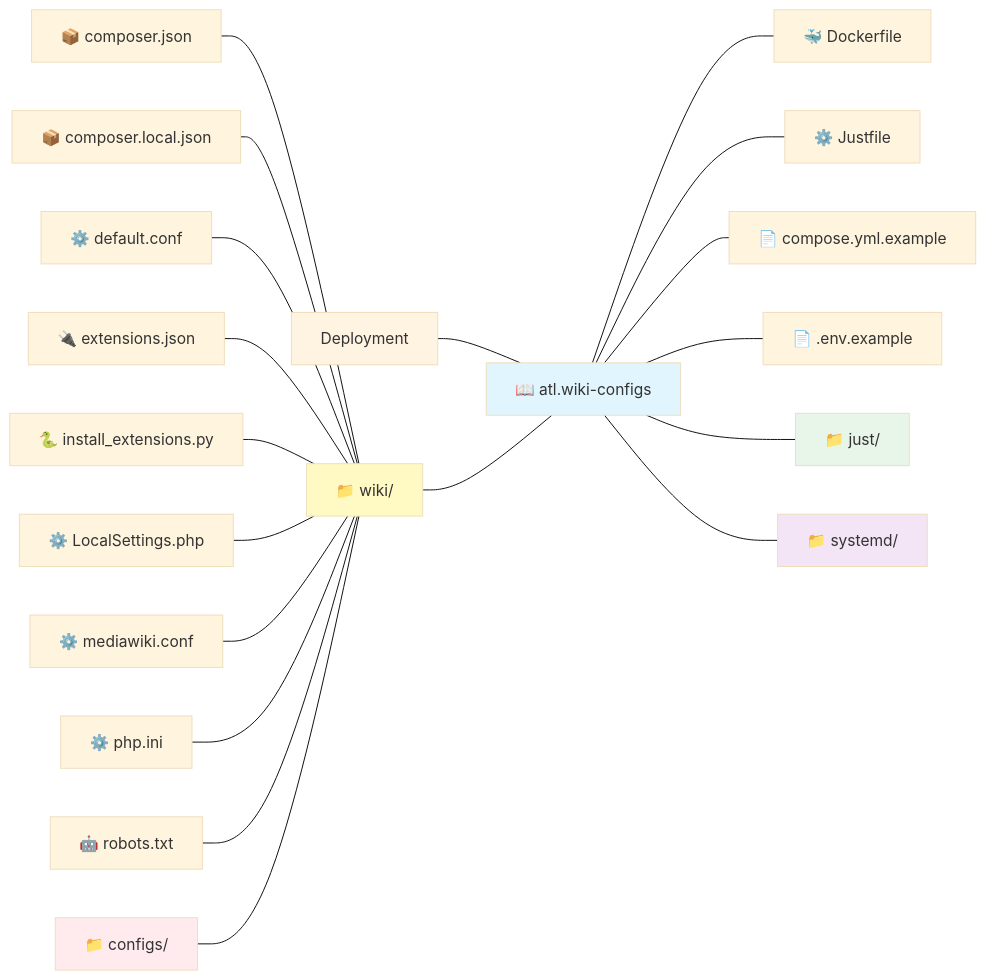
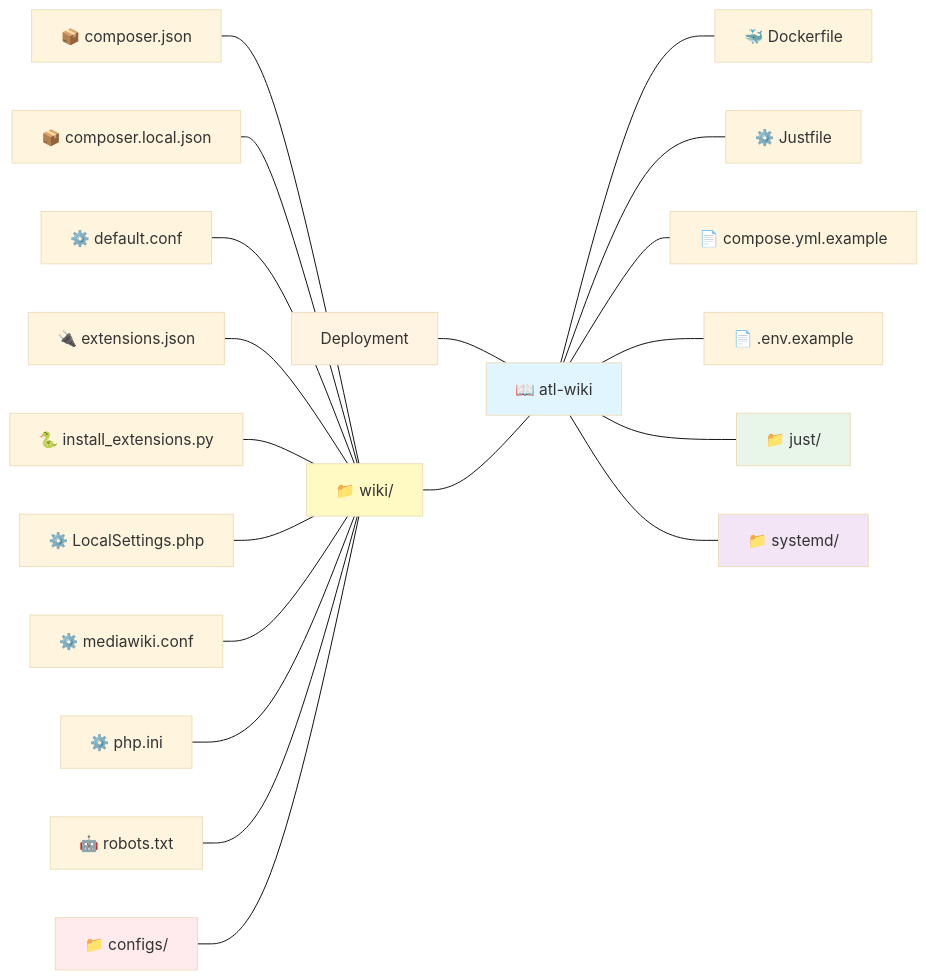
Before and after one commit to allthingslinux/atl-wiki: the diagram in README.md, drawn with Mermaid (base theme). The commit also changed other lines of this file and 1 other file, not shown here.

Commit message:
chore(docs): update naming of wiki project

````diff
--- a/README.md
+++ b/README.md
@@ -109,44 +109,44 @@
 ```mermaid
 graph LR
     ComposerJson["📦 composer.json"]
     ComposerLocal["📦 composer.local.json"]
     DefaultConf["⚙️ default.conf"]
     ExtensionsJson["🔌 extensions.json"]
     InstallPy["🐍 install_extensions.py"]
     LocalSettings["⚙️ LocalSettings.php"]
     MediawikiConf["⚙️ mediawiki.conf"]
     PhpIni["⚙️ php.ini"]
     Robots["🤖 robots.txt"]
     Configs["📁 configs/"]
     Wiki["📁 wiki/"]
 
     ComposerJson --- Wiki
     ComposerLocal --- Wiki
     DefaultConf --- Wiki
     ExtensionsJson --- Wiki
     InstallPy --- Wiki
     LocalSettings --- Wiki
     MediawikiConf --- Wiki
     PhpIni --- Wiki
     Robots --- Wiki
     Configs --- Wiki
 
-    Root["📖 atl.wiki-configs"]
+    Root["📖 atl-wiki"]
 
     Deployment --- Root
     Wiki --- Root
 
     Root --- Dockerfile["🐳 Dockerfile"]
     Root --- Justfile["⚙️ Justfile"]
     Root --- ComposeExample["📄 compose.yml.example"]
     Root --- EnvExample["📄 .env.example"]
     Root --- Just["📁 just/"]
     Root --- Systemd["📁 systemd/"]
 
     style Root fill:#e1f5ff
     style Deployment fill:#fff4e1
     style Just fill:#e8f5e9
     style Systemd fill:#f3e5f5
     style Wiki fill:#fff9c4
     style Configs fill:#ffebee
 ```
````
